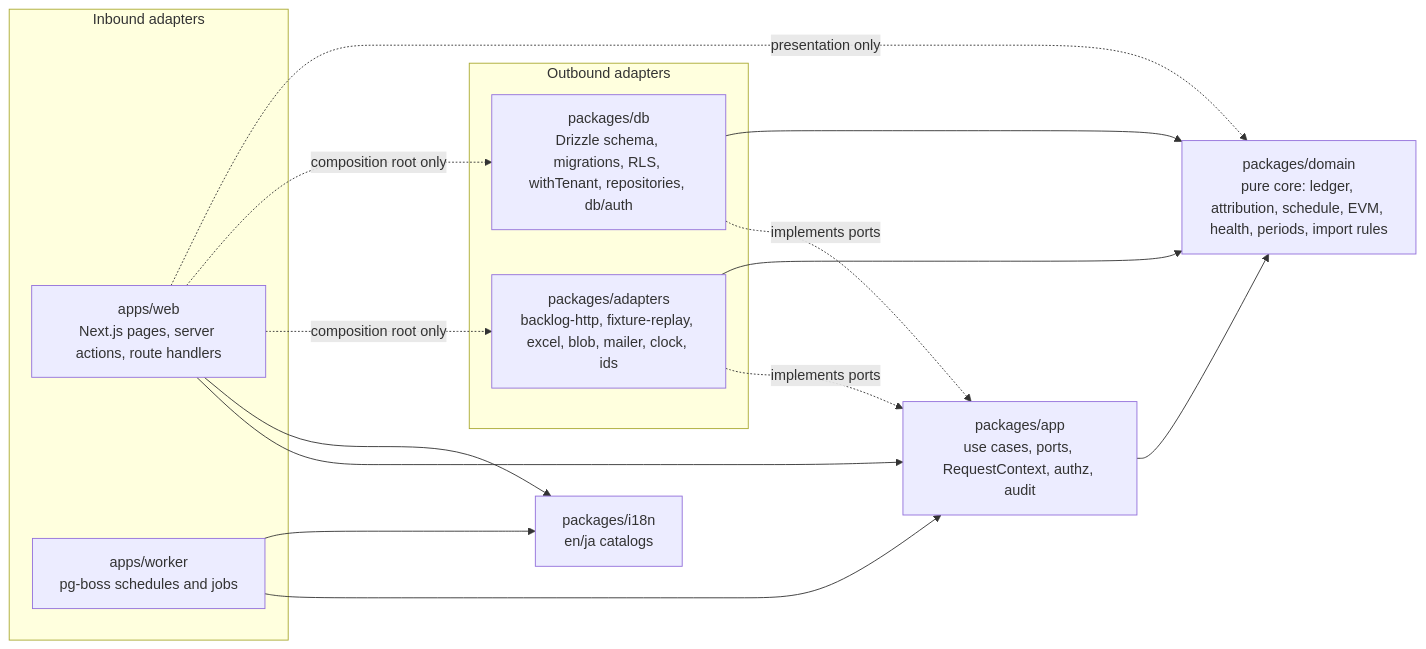
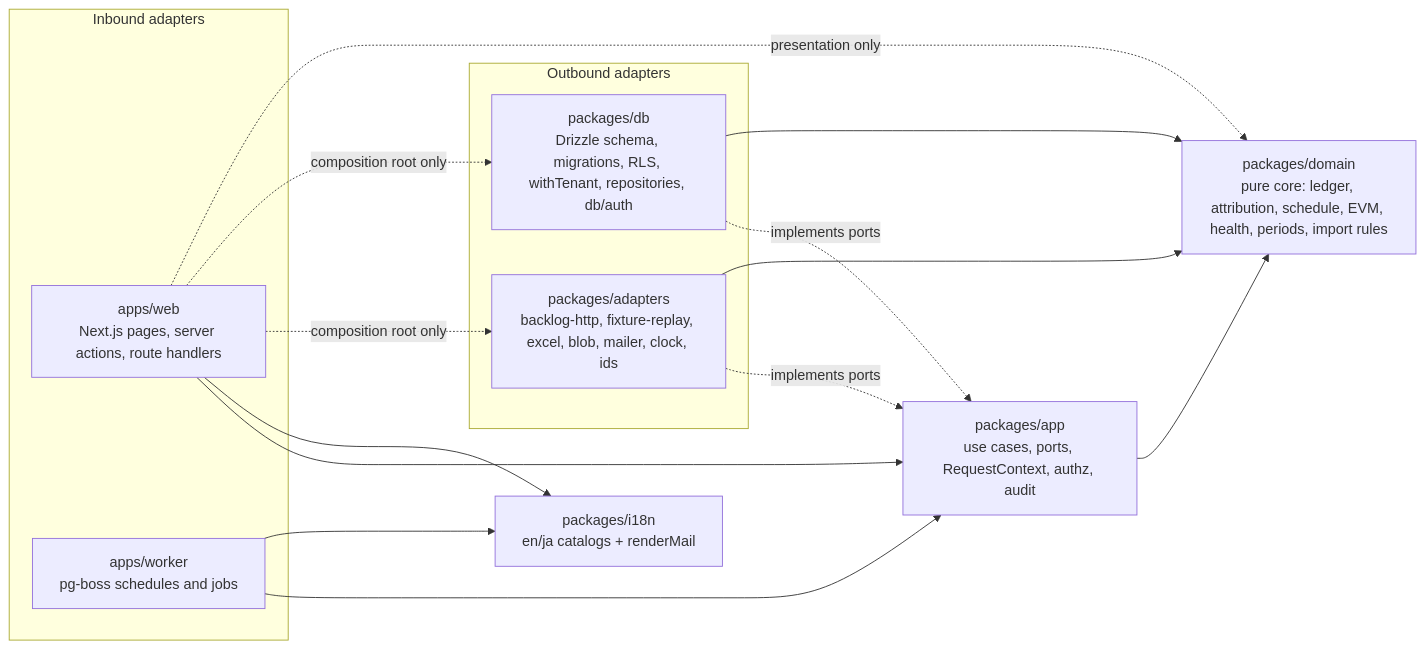
Before and after one commit to hoanghainh1188/momo-keikaku: the first of 6 diagrams in _bmad-output/planning-artifacts/architecture/architecture-momo-keikaku-2026-09-20/ARCHITECTURE-SPINE.md, drawn with Mermaid. The commit also changed other lines of this file and 9 other files, not shown here.

````diff
--- a/_bmad-output/planning-artifacts/architecture/architecture-momo-keikaku-2026-09-20/ARCHITECTURE-SPINE.md
+++ b/_bmad-output/planning-artifacts/architecture/architecture-momo-keikaku-2026-09-20/ARCHITECTURE-SPINE.md
@@ -56,26 +61,26 @@
 ```mermaid
 flowchart LR
   subgraph inbound[Inbound adapters]
     WEB[apps/web<br/>Next.js pages, server actions, route handlers]
     WRK[apps/worker<br/>pg-boss schedules and jobs]
   end
   APP[packages/app<br/>use cases, ports, RequestContext, authz, audit]
   DOM[packages/domain<br/>pure core: ledger, attribution, schedule, EVM, health, periods, import rules]
-  I18N[packages/i18n<br/>en/ja catalogs]
+  I18N[packages/i18n<br/>en/ja catalogs + renderMail]
   subgraph outbound[Outbound adapters]
     DB[packages/db<br/>Drizzle schema, migrations, RLS, withTenant, repositories, db/auth]
     ADP[packages/adapters<br/>backlog-http, fixture-replay, excel, blob, mailer, clock, ids]
   end
   WEB --> APP
   WRK --> APP
   WEB --> I18N
   WEB -. composition root only .-> ADP
   WEB -. composition root only .-> DB
   WEB -. presentation only .-> DOM
   WRK --> I18N
   APP --> DOM
   DB -. implements ports .-> APP
   ADP -. implements ports .-> APP
   DB --> DOM
   ADP --> DOM
 ```
````
